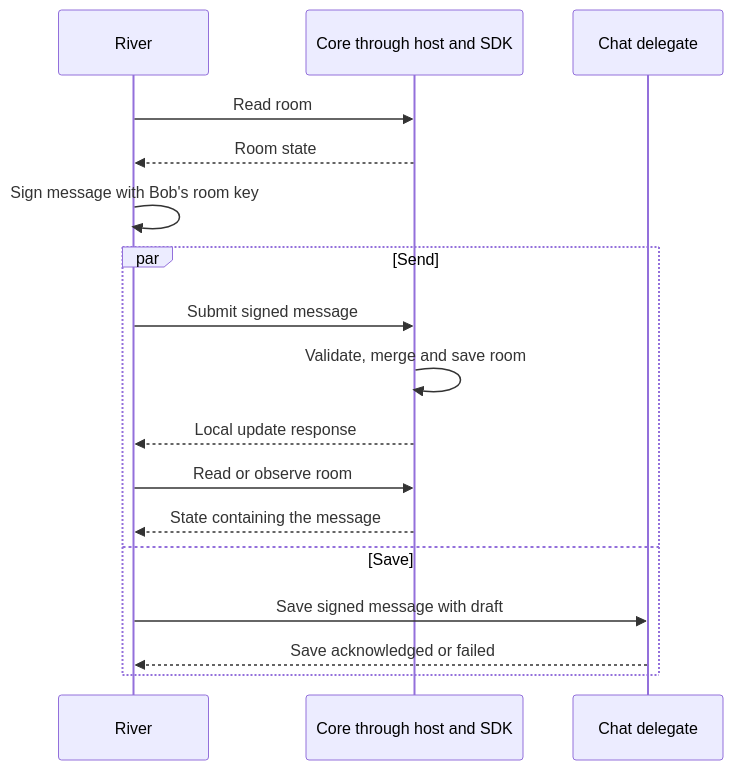
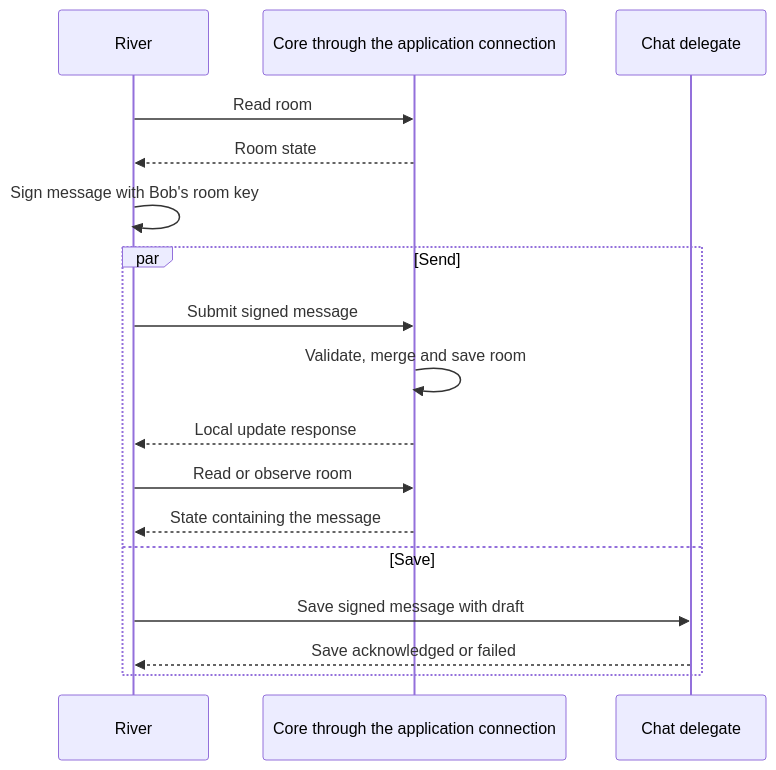
The diagram in 1-freenet-mobile-appkit/06-data-and-operations.md (EVY-Platform/evy-freenet-plans), drawn with Mermaid before and after one commit. The commit also changed other lines of this file and 35 other files, not shown here.

````diff
--- a/1-freenet-mobile-appkit/06-data-and-operations.md
+++ b/1-freenet-mobile-appkit/06-data-and-operations.md
@@ -44,19 +44,19 @@
 ```mermaid
 sequenceDiagram
     participant River
-    participant Core as Core through host and SDK
+    participant Core as Core through the application connection
     participant Delegate as Chat delegate
     River->>Core: Read room
     Core-->>River: Room state
     River->>River: Sign message with Bob's room key
     par Send
         River->>Core: Submit signed message
         Core->>Core: Validate, merge and save room
         Core-->>River: Local update response
         River->>Core: Read or observe room
         Core-->>River: State containing the message
     and Save
         River->>Delegate: Save signed message with draft
         Delegate-->>River: Save acknowledged or failed
     end
 ```
````
